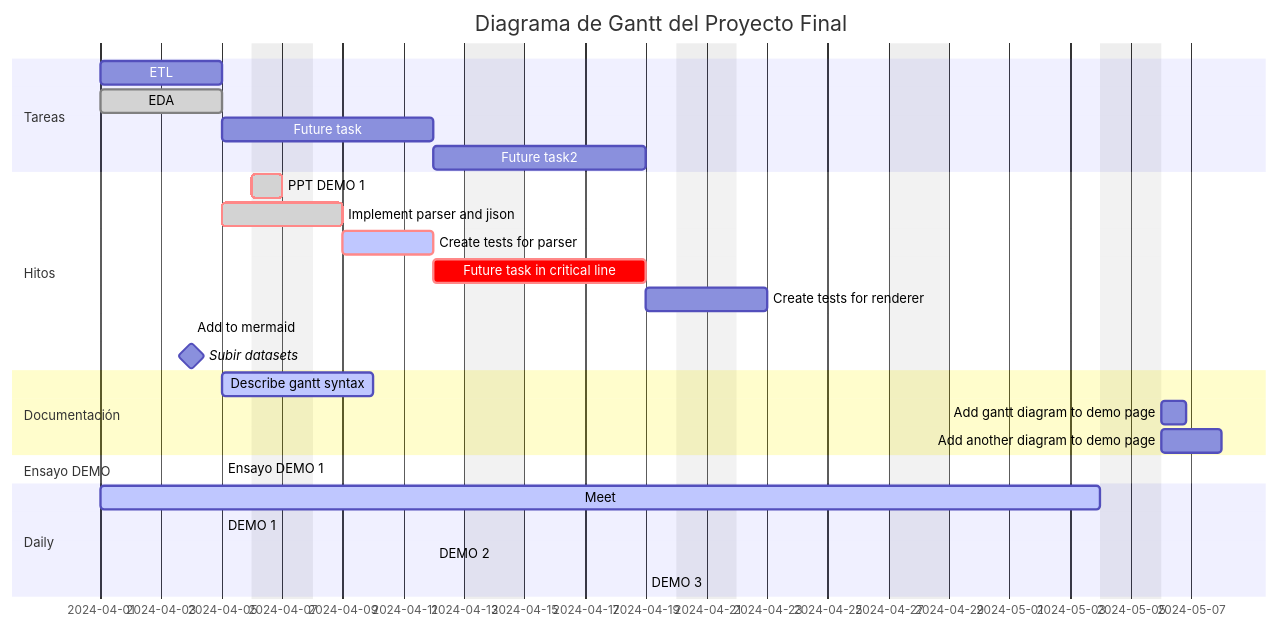
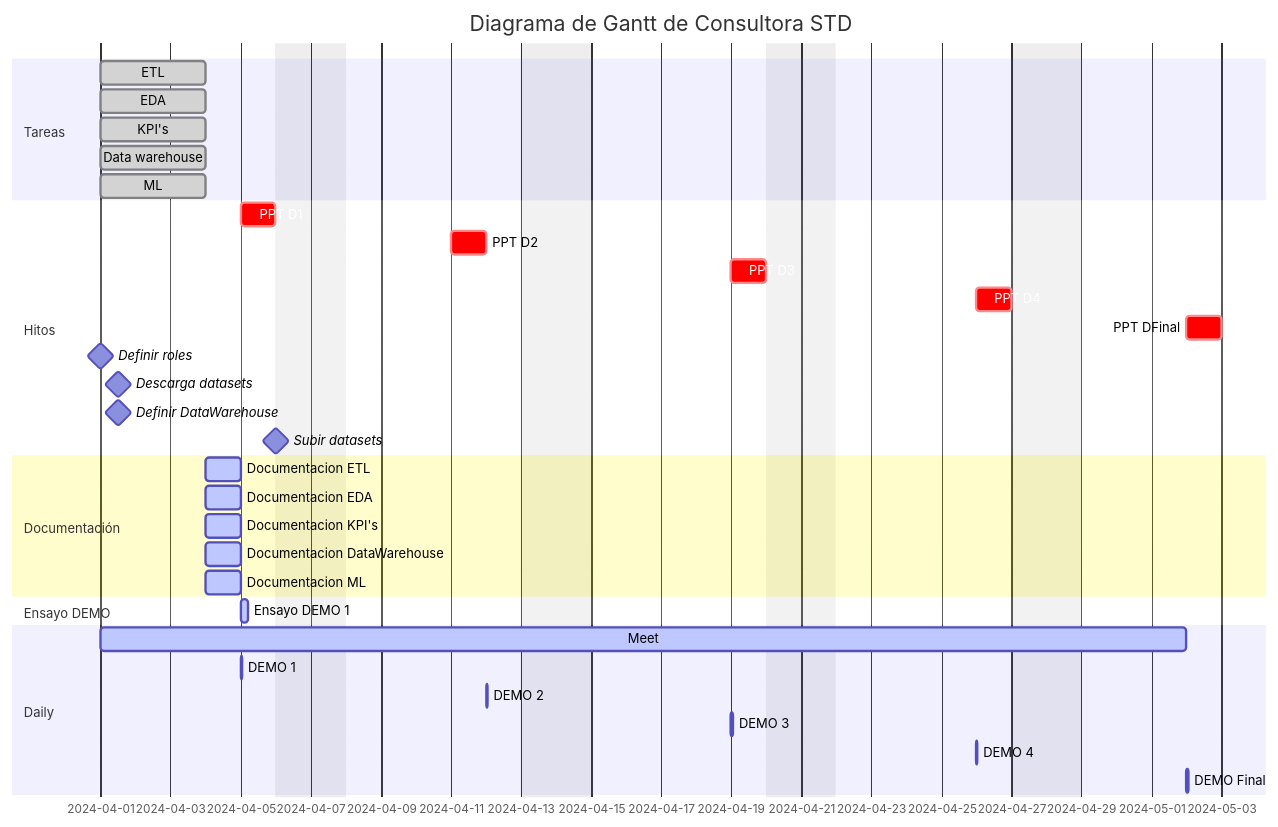
One commit to marceloyuba/SDT changed the diagram in README.md. Above: the diagram before and after it, drawn with Mermaid. The commit also changed other lines of this file, not shown here.

````diff
--- a/README.md
+++ b/README.md
@@ -7,38 +7,45 @@
 ```mermaid
 gantt
    
     dateFormat  YYYY-MM-DD
-    title       Diagrama de Gantt del Proyecto Final
+    title       Diagrama de Gantt de Consultora STD
     excludes    weekends
     %% (`excludes` accepts specific dates in YYYY-MM-DD format, days of the week ("sunday") or "weekends", but not the word "weekdays".)
 
-    section Tareas
-    ETL                       :done   des1, 2024-04-01,4d
-    EDA                       :done,  des1, 2024-04-01,4d
-    Future task               :         des3, after des2, 5d
-    Future task2              :         des4, after des3, 5d
+   section Tareas
+    ETL                       :done,    des1, 2024-04-01, 3d
+    EDA                       :done,  des2, 2024-04-01, 3d
+    KPI's                     :done,   des3,  2024-04-01, 3d
+    Data warehouse            :done,   des4, 2024-04-01, 3d
+    ML                        :done, des5, 2024-04-01, 3d               
 
     section Hitos
-    PPT DEMO 1                          :crit, done, 2024-04-06,24h
-    Implement parser and jison          :crit, done, after des1, 2d
-    Create tests for parser             :crit, active, 3d
-    Future task in critical line        :crit, 5d
-    Create tests for renderer           :2d
-    Add to mermaid                      :until isadded
-    Subir datasets                      :milestone, isadded, 2024-04-04, 0d
+    PPT D1                              :crit,  2024-04-05,24h
+    PPT D2                              :crit,  2024-04-11,24h
+    PPT D3                              :crit,  2024-04-19,24h
+    PPT D4                              :crit,  2024-04-26,24h
+    PPT DFinal                              :crit,  after a1,24h
+    Definir roles                       :milestone, isadded, 2024-04-01, 0d
+    Descarga datasets                   :milestone, isadded, 2024-04-01, 24h
+    Definir DataWarehouse               :milestone,isadded, 2024-04-01, 24h
+    Subir datasets                      :milestone,isadded 2024-04-04, 2d
 
     section Documentación
-    Describe gantt syntax               :active, a1, after des1, 3d
-    Add gantt diagram to demo page      :after a1  , 20h
-    Add another diagram to demo page    :doc1, after a1  , 48h
-
+    Documentacion ETL               :active, a1, after des1, 1d
+    Documentacion EDA              :active, a1, after des1, 1d
+    Documentacion KPI's              :active, a1, after des1, 1d
+    Documentacion DataWarehouse       :active, a1, after des1, 1d
+    Documentacion ML             :active, a1, after des1, 1d
+    
     section Ensayo DEMO
-    Ensayo DEMO 1                       :done, after 2024-04-05, 0d
+    Ensayo DEMO 1                       :active, after 2024-04-05, 5h
 
     section Daily
-    Meet                               :active, a1, 2024-04-01, 25d
-    DEMO 1                             :after a1, 2024-04-05, 0d
-    DEMO 2                             :after Meet, 2024-04-12, 0d
-    DEMO 3                             :after DEMO 2, 2024-04-19, 0d
+    Meet                               :active,a1, 2024-04-01, 2024-05-02
+    DEMO 1                             :active, 2024-04-05, 1h
+    DEMO 2                             :active, 2024-04-12, 1h
+    DEMO 3                             :active, 2024-04-19, 1h
+    DEMO 4                             :active,2024-04-26, 1h
+    DEMO Final                             :after a1, 1h
 
 ```
````
